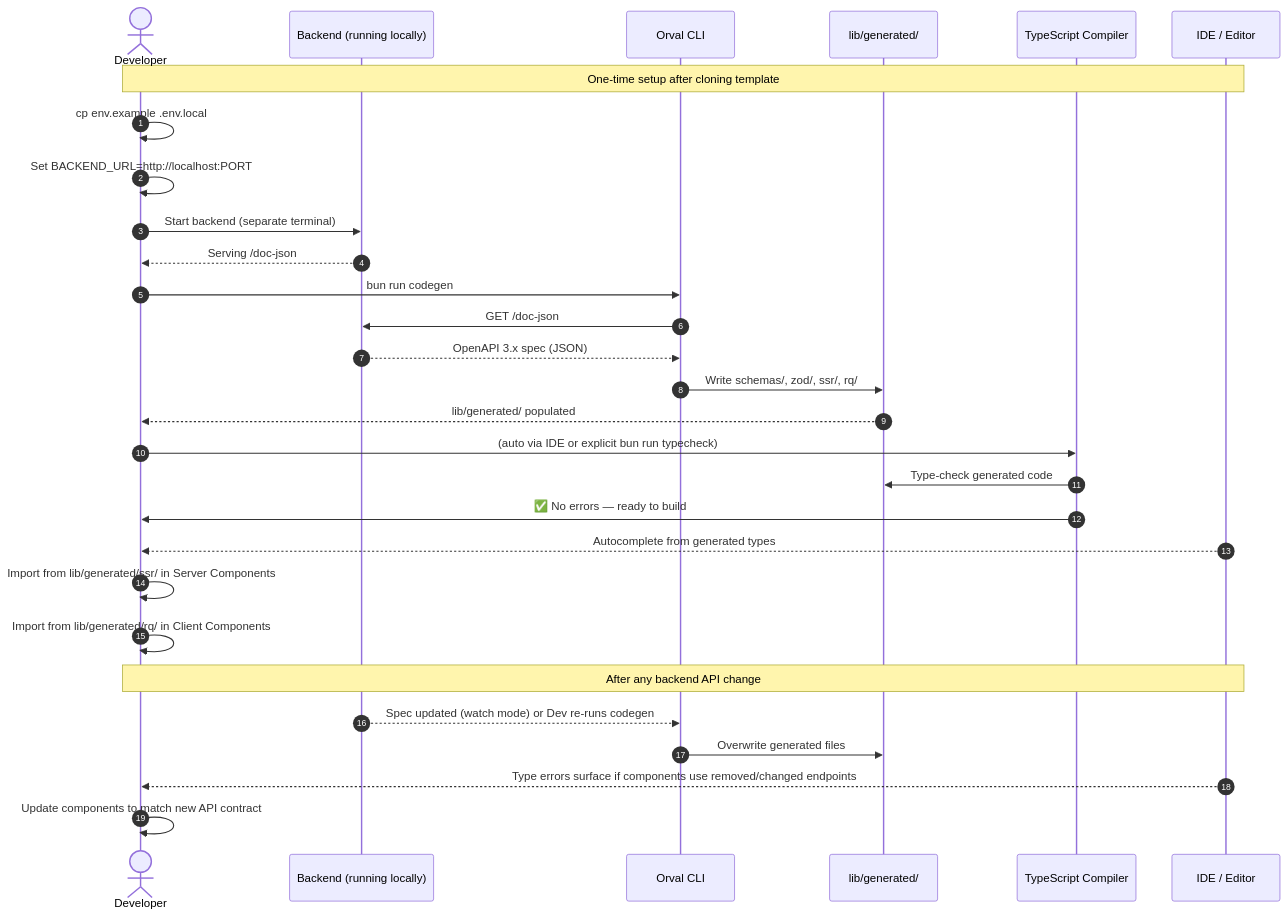
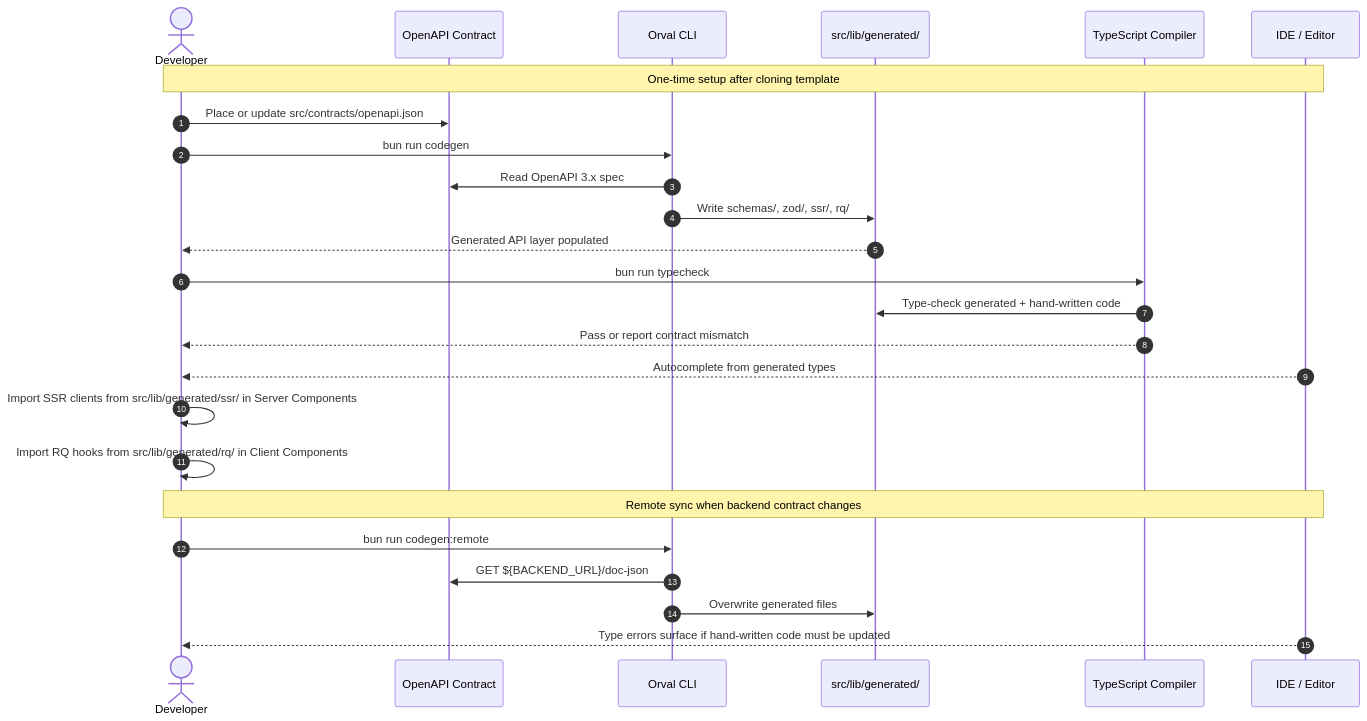
Before and after one commit to gokerDEV/bff-pattern: the second of 2 diagrams in docs/design/v8-codegen-pipeline.md, drawn with Mermaid. The commit also changed other lines of this file, not shown here.

Commit message:
docs: align codegen pipeline with scripts

````diff
--- a/docs/design/v8-codegen-pipeline.md
+++ b/docs/design/v8-codegen-pipeline.md
@@ -59,40 +88,34 @@
 ```mermaid
 sequenceDiagram
     autonumber
 
     actor Dev as Developer
-    participant BE  as Backend (running locally)
+    participant Spec as OpenAPI Contract
     participant Orval as Orval CLI
-    participant FS  as lib/generated/
+    participant FS as src/lib/generated/
     participant TSC as TypeScript Compiler
     participant IDE as IDE / Editor
 
     Note over Dev,IDE: One-time setup after cloning template
 
-    Dev->>Dev: cp env.example .env.local
-    Dev->>Dev: Set BACKEND_URL=http://localhost:PORT
+    Dev->>Spec: Place or update src/contracts/openapi.json
+    Dev->>Orval: bun run codegen
+    Orval->>Spec: Read OpenAPI 3.x spec
+    Orval->>FS: Write schemas/, zod/, ssr/, rq/
+    FS-->>Dev: Generated API layer populated
 
-    Dev->>BE: Start backend (separate terminal)
-    BE-->>Dev: Serving /doc-json
-
-    Dev->>Orval: bun run codegen
-    Orval->>BE: GET /doc-json
-    BE-->>Orval: OpenAPI 3.x spec (JSON)
-    Orval->>FS: Write schemas/, zod/, ssr/, rq/
-    FS-->>Dev: lib/generated/ populated
-
-    Dev->>TSC: (auto via IDE or explicit bun run typecheck)
-    TSC->>FS: Type-check generated code
-    TSC->>Dev: ✅ No errors — ready to build
+    Dev->>TSC: bun run typecheck
+    TSC->>FS: Type-check generated + hand-written code
+    TSC-->>Dev: Pass or report contract mismatch
 
     IDE-->>Dev: Autocomplete from generated types
-    Dev->>Dev: Import from lib/generated/ssr/ in Server Components
-    Dev->>Dev: Import from lib/generated/rq/ in Client Components
+    Dev->>Dev: Import SSR clients from src/lib/generated/ssr/ in Server Components
+    Dev->>Dev: Import RQ hooks from src/lib/generated/rq/ in Client Components
 
-    Note over Dev,IDE: After any backend API change
+    Note over Dev,IDE: Remote sync when backend contract changes
 
-    BE-->>Orval: Spec updated (watch mode) or Dev re-runs codegen
+    Dev->>Orval: bun run codegen:remote
+    Orval->>Spec: GET ${BACKEND_URL}/doc-json
     Orval->>FS: Overwrite generated files
-    IDE-->>Dev: Type errors surface if components use removed/changed endpoints
-    Dev->>Dev: Update components to match new API contract
+    IDE-->>Dev: Type errors surface if hand-written code must be updated
 ```
````
